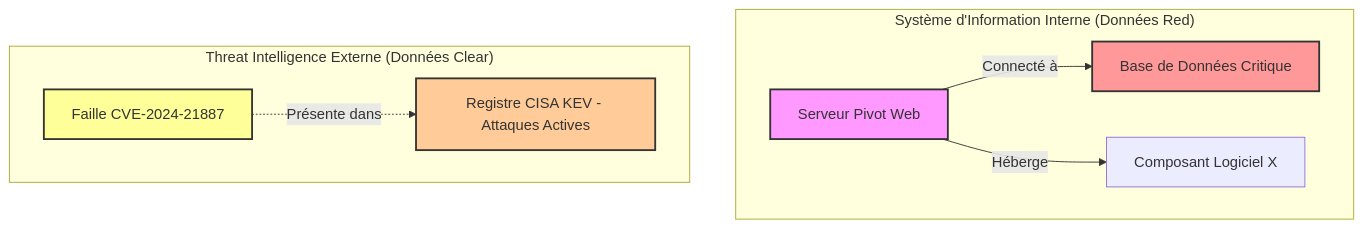
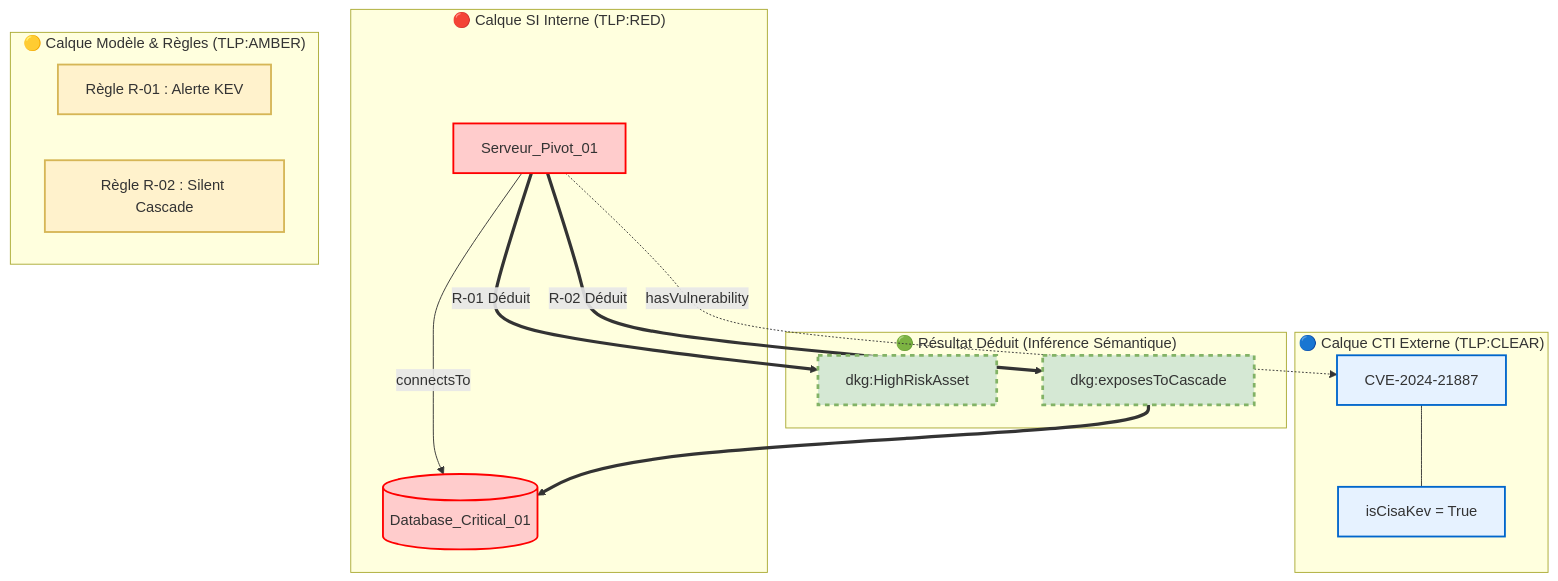
Before and after one commit to AlbanLher/Dkg-cybersec: the first of 3 diagrams in 00-Projet/Phase5/Mémo_UseCase_Phase 5_RaisonnementSémantique-Inférence_CTI-SOC.md, drawn with Mermaid. The commit also changed other lines of this file and 157 other files, not shown here.

````diff
--- a/00-Projet/Phase5/Mémo_UseCase_Phase 5_RaisonnementSémantique-Inférence_CTI-SOC.md
+++ b/00-Projet/Phase5/Mémo_UseCase_Phase 5_RaisonnementSémantique-Inférence_CTI-SOC.md
@@ -22,16 +34,36 @@
 ```mermaid
 graph TD
-    subgraph "Système d'Information Interne (Données Red)"
-        A[Serveur Pivot Web] -->|Connecté à| B[Base de Données Critique]
-        A -->|Héberge| C[Composant Logiciel X]
+    classDef red fill:#ffcccc,stroke:#ff0000,stroke-width:2px;
+    classDef clear fill:#e6f2ff,stroke:#0066cc,stroke-width:2px;
+    classDef amber fill:#fff2cc,stroke:#d6b656,stroke-width:2px;
+    classDef infered fill:#d5e8d4,stroke:#82b366,stroke-width:3px,stroke-dasharray: 5 5;
+
+    subgraph Calque_1 ["🔴 Calque SI Interne (TLP:RED)"]
+        SRV["Serveur_Pivot_01"]:::red
+        DB[("Database_Critical_01")]:::red
+        SRV -->|connectsTo| DB
     end
 
-    subgraph "Threat Intelligence Externe (Données Clear)"
-        D[Faille CVE-2024-21887] -.->|Présente dans| E[Registre CISA KEV - Attaques Actives]
+    subgraph Calque_2 ["🔵 Calque CTI Externe (TLP:CLEAR)"]
+        CVE["CVE-2024-21887"]:::clear
+        KEV["isCisaKev = True"]:::clear
+        CVE --- KEV
     end
 
-    style A fill:#f9f,stroke:#333,stroke-width:2px
-    style B fill:#ff9999,stroke:#333,stroke-width:2px
-    style D fill:#ffff99,stroke:#333,stroke-width:2px
-    style E fill:#ffcc99,stroke:#333,stroke-width:2px
+    subgraph Calque_3 ["🟡 Calque Modèle & Règles (TLP:AMBER)"]
+        R1["Règle R-01 : Alerte KEV"]:::amber
+        R2["Règle R-02 : Silent Cascade"]:::amber
+    end
+
+    %% Superposition
+    SRV -.->|hasVulnerability| CVE
+
+    subgraph Calque_Inference ["🟢 Résultat Déduit (Inférence Sémantique)"]
+        HIGH_RISK["dkg:HighRiskAsset"]:::infered
+        CASCADE["dkg:exposesToCascade"]:::infered
+    end
+
+    SRV ==>|R-01 Déduit| HIGH_RISK
+    SRV ==>|R-02 Déduit| CASCADE
+    CASCADE ==> DB
 ```
````
